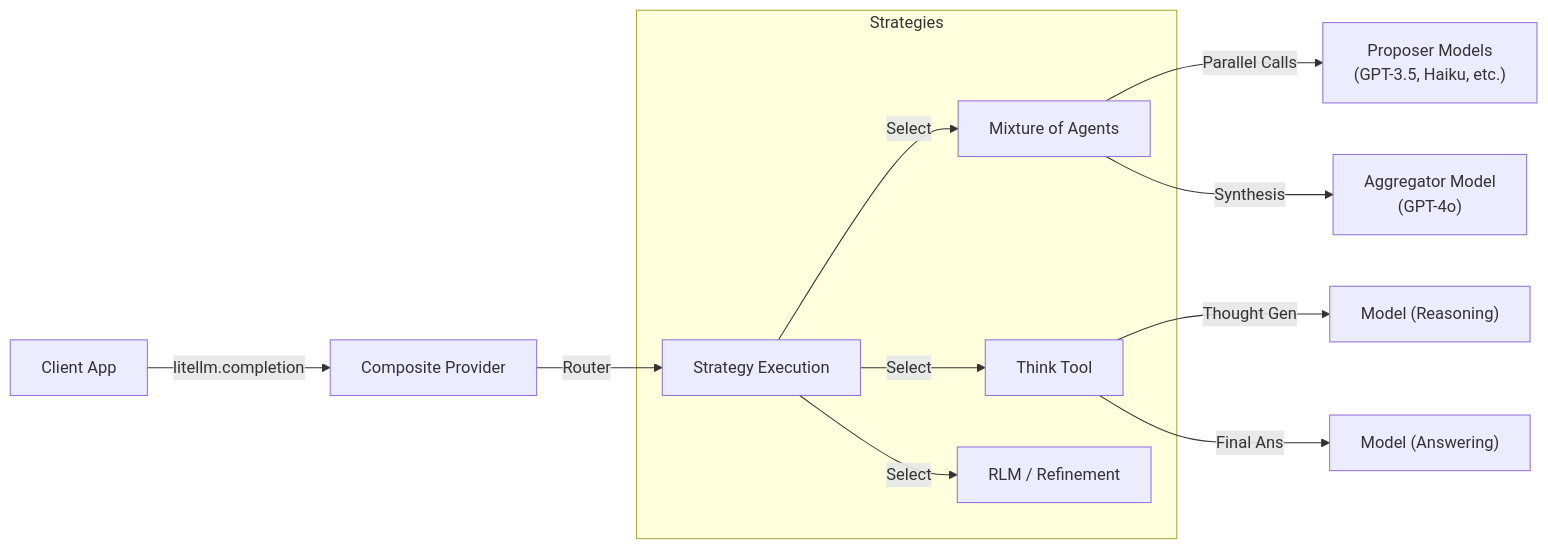
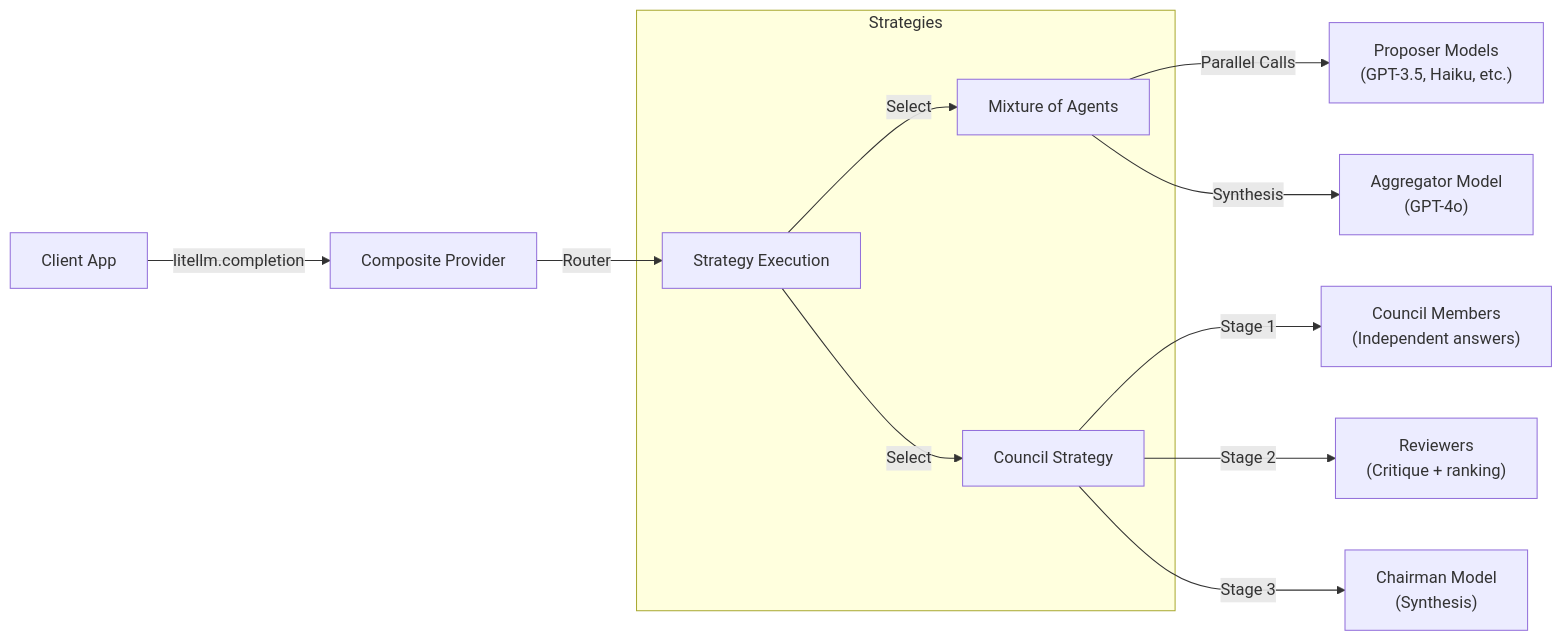
Before and after one commit to maxim-saplin/composite_llm_research: the diagram in DESIGN.md, drawn with Mermaid. The commit also changed other lines of this file and 25 other files, not shown here.

````diff
--- a/DESIGN.md
+++ b/DESIGN.md
@@ -20,17 +20,17 @@
 ```mermaid
 graph LR
     Client[Client App] -->|litellm.completion| Proxy[Composite Provider]
     Proxy -->|Router| Strategy[Strategy Execution]
     
     subgraph Strategies
     Strategy -->|Select| MoA[Mixture of Agents]
-    Strategy -->|Select| Think[Think Tool]
-    Strategy -->|Select| RLM[RLM / Refinement]
+    Strategy -->|Select| Council[Council Strategy]
     end
     
     MoA -->|Parallel Calls| Proposers["Proposer Models\n(GPT-3.5, Haiku, etc.)"]
     MoA -->|Synthesis| Aggregator["Aggregator Model\n(GPT-4o)"]
-    
-    Think -->|Thought Gen| Thinker["Model (Reasoning)"]
-    Think -->|Final Ans| Answerer["Model (Answering)"]
+
+    Council -->|Stage 1| Members["Council Members\n(Independent answers)"]
+    Council -->|Stage 2| Reviews["Reviewers\n(Critique + ranking)"]
+    Council -->|Stage 3| Chairman["Chairman Model\n(Synthesis)"]
 ```
````
